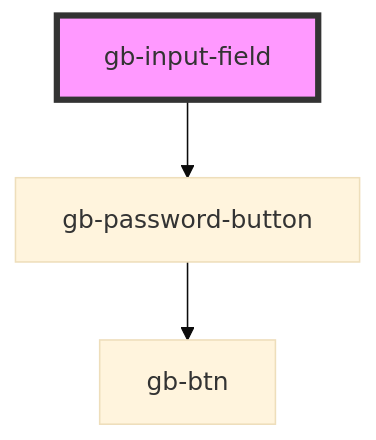
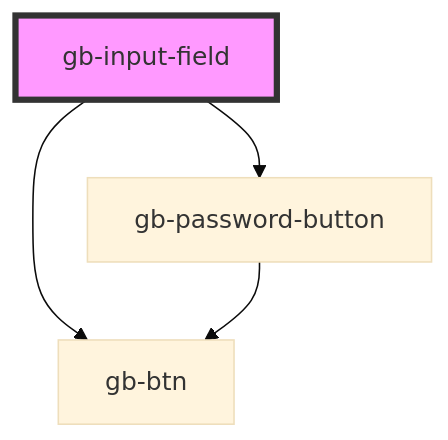
The diagram in src/components/gb-input-field/readme.md (Emmanuel1858/globusComponent), drawn with Mermaid (base theme) before and after one commit. The commit also changed other lines of this file and 27 other files, not shown here.

````diff
--- a/src/components/gb-input-field/readme.md
+++ b/src/components/gb-input-field/readme.md
@@ -35,6 +36,7 @@
 ```mermaid
 graph TD;
+  gb-input-field --> gb-btn
   gb-input-field --> gb-password-button
   gb-password-button --> gb-btn
   style gb-input-field fill:#f9f,stroke:#333,stroke-width:4px
 ```
````
